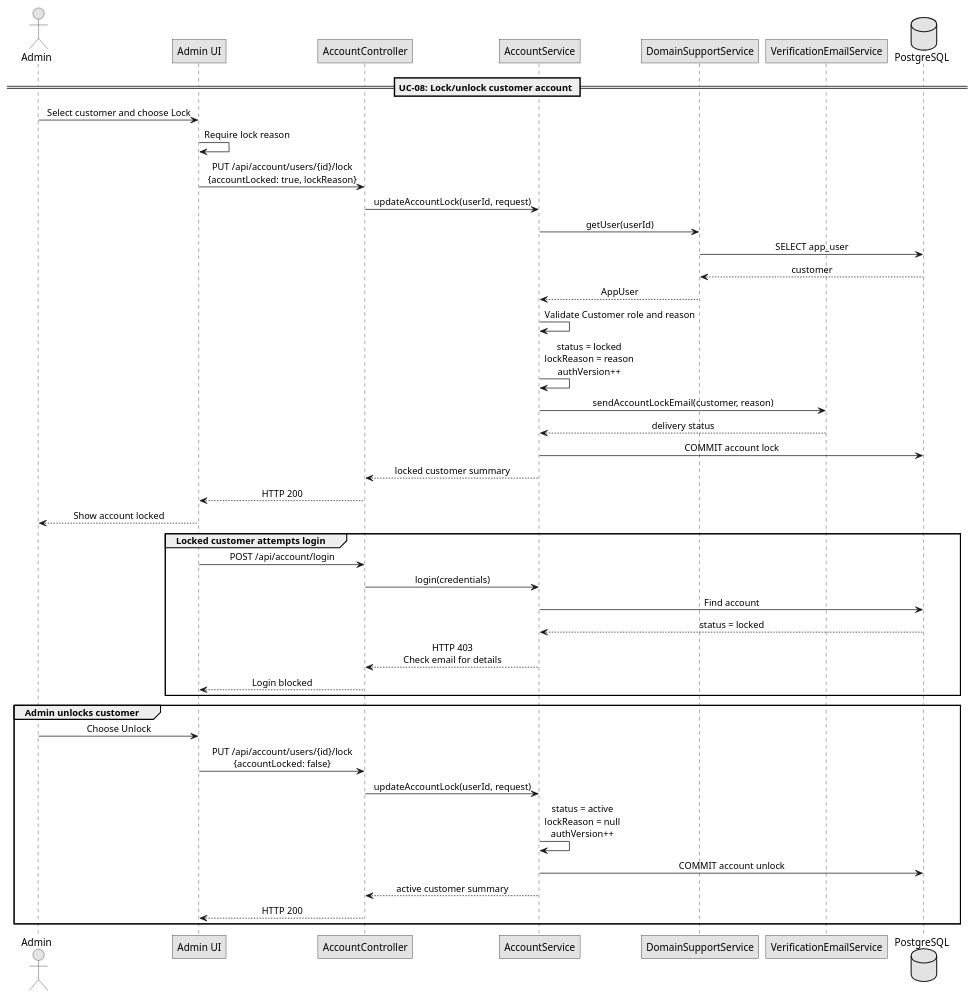
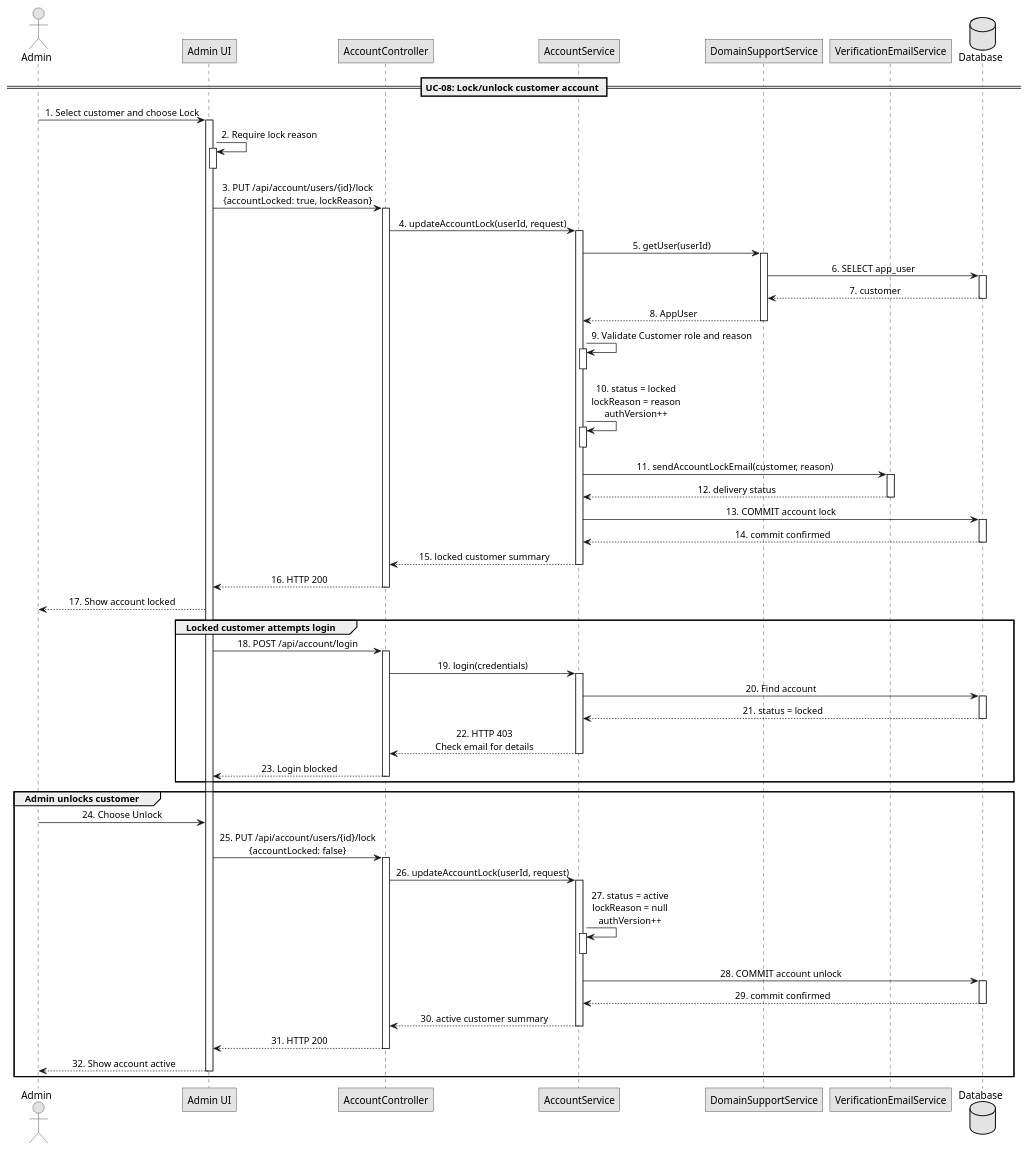
The diagram in docs/Sequence/UC-08-lock-unlock-customer-account.puml (maxwell1904/SWP391_G3), drawn with PlantUML before and after one commit. The commit also changed 3 other files, not shown here.

```diff
--- a/docs/Sequence/UC-08-lock-unlock-customer-account.puml
+++ b/docs/Sequence/UC-08-lock-unlock-customer-account.puml
@@ -1,55 +1,105 @@
 @startuml
 
 skinparam monochrome true
 skinparam shadowing false
 skinparam roundcorner 0
 skinparam sequenceMessageAlign center
 skinparam responseMessageBelowArrow true
 
 actor "Admin" as Admin
 participant "Admin UI" as UI
 participant "AccountController" as Controller
 participant "AccountService" as Service
 participant "DomainSupportService" as Support
 participant "VerificationEmailService" as Email
-database "PostgreSQL" as DB
+database "Database" as DB
 
 == UC-08: Lock/unlock customer account ==
 
-Admin -> UI : Select customer and choose Lock
-UI -> UI : Require lock reason
-UI -> Controller : PUT /api/account/users/{id}/lock\n{accountLocked: true, lockReason}
-Controller -> Service : updateAccountLock(userId, request)
-Service -> Support : getUser(userId)
-Support -> DB : SELECT app_user
-DB --> Support : customer
-Support --> Service : AppUser
-Service -> Service : Validate Customer role and reason
-Service -> Service : status = locked\nlockReason = reason\nauthVersion++
-Service -> Email : sendAccountLockEmail(customer, reason)
-Email --> Service : delivery status
-Service -> DB : COMMIT account lock
-Service --> Controller : locked customer summary
-Controller --> UI : HTTP 200
-UI --> Admin : Show account locked
+Admin -> UI : 1. Select customer and choose Lock
+activate UI
+
+UI -> UI : 2. Require lock reason
+activate UI
+deactivate UI
+
+UI -> Controller : 3. PUT /api/account/users/{id}/lock\n{accountLocked: true, lockReason}
+activate Controller
+
+Controller -> Service : 4. updateAccountLock(userId, request)
+activate Service
+
+Service -> Support : 5. getUser(userId)
+activate Support
+
+Support -> DB : 6. SELECT app_user
+activate DB
+DB --> Support : 7. customer
+deactivate DB
+
+Support --> Service : 8. AppUser
+deactivate Support
+
+Service -> Service : 9. Validate Customer role and reason
+activate Service
+deactivate Service
+
+Service -> Service : 10. status = locked\nlockReason = reason\nauthVersion++
+activate Service
+deactivate Service
+
+Service -> Email : 11. sendAccountLockEmail(customer, reason)
+activate Email
+Email --> Service : 12. delivery status
+deactivate Email
+
+Service -> DB : 13. COMMIT account lock
+activate DB
+DB --> Service : 14. commit confirmed
+deactivate DB
+
+Service --> Controller : 15. locked customer summary
+deactivate Service
+
+Controller --> UI : 16. HTTP 200
+deactivate Controller
+
+UI --> Admin : 17. Show account locked
 
 group Locked customer attempts login
-  UI -> Controller : POST /api/account/login
-  Controller -> Service : login(credentials)
-  Service -> DB : Find account
-  DB --> Service : status = locked
-  Service --> Controller : HTTP 403\nCheck email for details
-  Controller --> UI : Login blocked
+  UI -> Controller : 18. POST /api/account/login
+  activate Controller
+  Controller -> Service : 19. login(credentials)
+  activate Service
+  Service -> DB : 20. Find account
+  activate DB
+  DB --> Service : 21. status = locked
+  deactivate DB
+  Service --> Controller : 22. HTTP 403\nCheck email for details
+  deactivate Service
+  Controller --> UI : 23. Login blocked
+  deactivate Controller
 end
 
 group Admin unlocks customer
-  Admin -> UI : Choose Unlock
-  UI -> Controller : PUT /api/account/users/{id}/lock\n{accountLocked: false}
-  Controller -> Service : updateAccountLock(userId, request)
-  Service -> Service : status = active\nlockReason = null\nauthVersion++
-  Service -> DB : COMMIT account unlock
-  Service --> Controller : active customer summary
-  Controller --> UI : HTTP 200
+  Admin -> UI : 24. Choose Unlock
+  UI -> Controller : 25. PUT /api/account/users/{id}/lock\n{accountLocked: false}
+  activate Controller
+  Controller -> Service : 26. updateAccountLock(userId, request)
+  activate Service
+  Service -> Service : 27. status = active\nlockReason = null\nauthVersion++
+  activate Service
+  deactivate Service
+  Service -> DB : 28. COMMIT account unlock
+  activate DB
+  DB --> Service : 29. commit confirmed
+  deactivate DB
+  Service --> Controller : 30. active customer summary
+  deactivate Service
+  Controller --> UI : 31. HTTP 200
+  deactivate Controller
+  UI --> Admin : 32. Show account active
+  deactivate UI
 end
 
 @enduml
```
